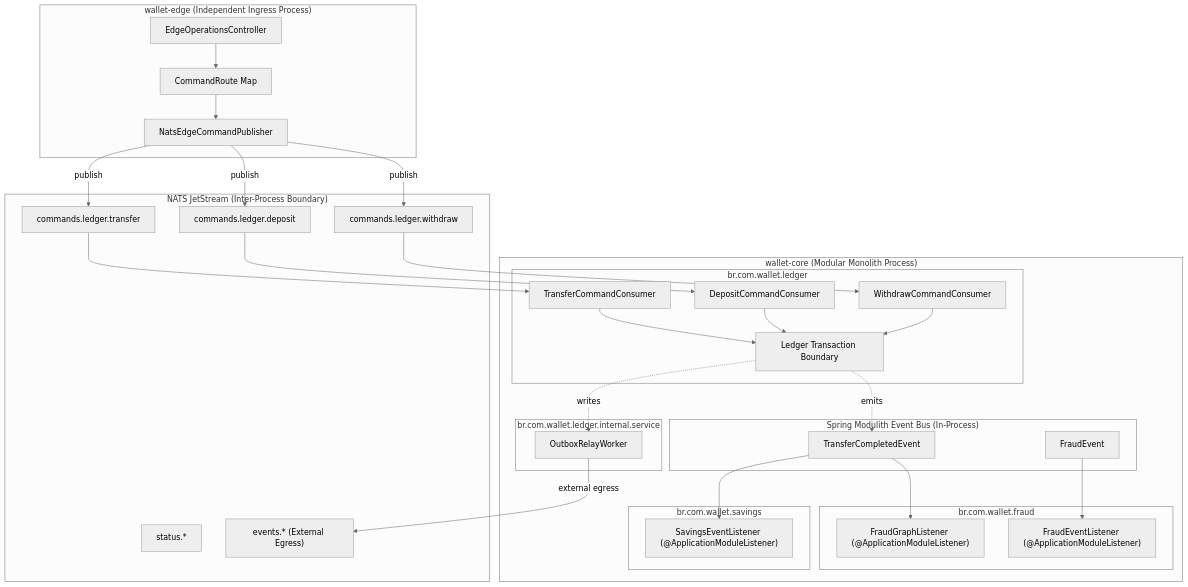
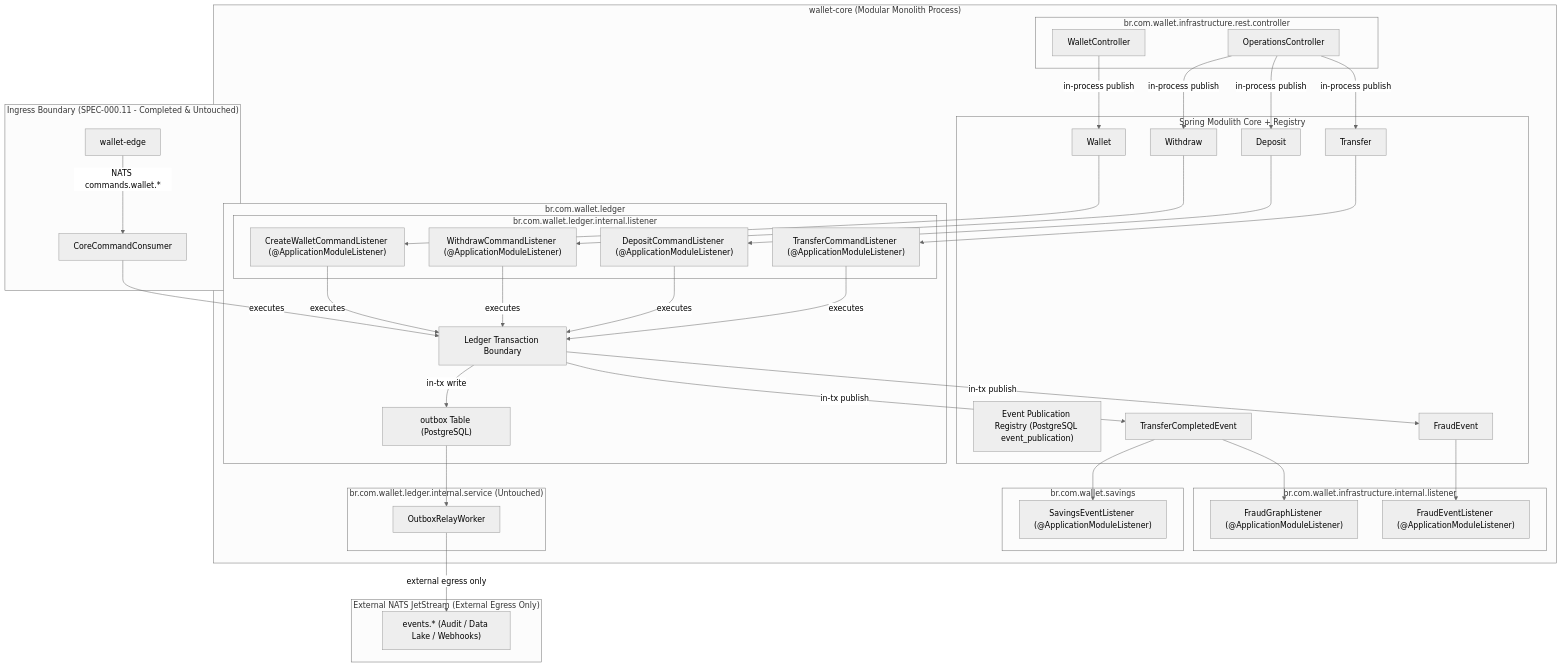
The diagram in .spec/plans/PLAN-000.12-modulith-bounded-context-streaming.md (kyogoiano/wallet), drawn with Mermaid (neutral theme) before and after one commit. The commit also changed other lines of this file and 63 other files, not shown here.

````diff
--- a/.spec/plans/PLAN-000.12-modulith-bounded-context-streaming.md
+++ b/.spec/plans/PLAN-000.12-modulith-bounded-context-streaming.md
@@ -20,65 +20,78 @@
 ```mermaid
 flowchart TD
-    subgraph EdgeProcess["wallet-edge (Independent Ingress Process)"]
-        EdgeController["EdgeOperationsController"]
-        RouteMap["CommandRoute Map"]
-        EdgePub["NatsEdgeCommandPublisher"]
-        EdgeController --> RouteMap --> EdgePub
-    end
-
-    subgraph NATS["NATS JetStream (Inter-Process Boundary)"]
-        SubjTransfer["commands.ledger.transfer"]
-        SubjDeposit["commands.ledger.deposit"]
-        SubjWithdraw["commands.ledger.withdraw"]
-        SubjStatus["status.*"]
-        SubjOutbox["events.* (External Egress)"]
+    subgraph IngressBoundary["Ingress Boundary (SPEC-000.11 - Completed & Untouched)"]
+        Edge["wallet-edge"] -->|NATS commands.wallet.*| CoreConsumer["CoreCommandConsumer"]
     end
 
     subgraph CoreProcess["wallet-core (Modular Monolith Process)"]
-        subgraph LedgerModule["br.com.wallet.ledger"]
-            TransferConsumer["TransferCommandConsumer"]
-            DepositConsumer["DepositCommandConsumer"]
-            WithdrawConsumer["WithdrawCommandConsumer"]
-            LedgerTx["Ledger Transaction Boundary"]
+        subgraph RESTControllers["br.com.wallet.infrastructure.rest.controller"]
+            OpCtrl["OperationsController"]
+            WallCtrl["WalletController"]
         end
 
-        subgraph ModulithBus["Spring Modulith Event Bus (In-Process)"]
+        subgraph ModulithCore["Spring Modulith Core + Registry"]
+            EventRegistry["Event Publication Registry (PostgreSQL event_publication)"]
+            CmdTransfer["Transfer"]
+            CmdDeposit["Deposit"]
+            CmdWithdraw["Withdraw"]
+            CmdWallet["Wallet"]
             EvtTransfer["TransferCompletedEvent"]
             EvtFraud["FraudEvent"]
         end
 
-        subgraph FraudModule["br.com.wallet.fraud"]
+        subgraph LedgerModule["br.com.wallet.ledger"]
+            subgraph CommandListeners["br.com.wallet.ledger.internal.listener"]
+                TransferListener["TransferCommandListener (@ApplicationModuleListener)"]
+                DepositListener["DepositCommandListener (@ApplicationModuleListener)"]
+                WithdrawListener["WithdrawCommandListener (@ApplicationModuleListener)"]
+                WalletListener["CreateWalletCommandListener (@ApplicationModuleListener)"]
+            end
+            LedgerTx["Ledger Transaction Boundary"]
+            OutboxTable["outbox Table (PostgreSQL)"]
+        end
+
+        subgraph InfraListeners["br.com.wallet.infrastructure.internal.listener"]
             GraphListener["FraudGraphListener (@ApplicationModuleListener)"]
             TimelineListener["FraudEventListener (@ApplicationModuleListener)"]
         end
 
         subgraph SavingsModule["br.com.wallet.savings"]
             SavingsListener["SavingsEventListener (@ApplicationModuleListener)"]
         end
 
-        subgraph OutboxModule["br.com.wallet.ledger.internal.service"]
+        subgraph OutboxModule["br.com.wallet.ledger.internal.service (Untouched)"]
             OutboxRelay["OutboxRelayWorker"]
         end
     end
 
-    EdgePub -->|publish| SubjTransfer
-    EdgePub -->|publish| SubjDeposit
-    EdgePub -->|publish| SubjWithdraw
+    subgraph ExternalNATS["External NATS JetStream (External Egress Only)"]
+        SubjOutbox["events.* (Audit / Data Lake / Webhooks)"]
+    end
 
-    SubjTransfer --> TransferConsumer
-    SubjDeposit --> DepositConsumer
-    SubjWithdraw --> WithdrawConsumer
+    OpCtrl -->|in-process publish| CmdTransfer
+    OpCtrl -->|in-process publish| CmdDeposit
+    OpCtrl -->|in-process publish| CmdWithdraw
+    WallCtrl -->|in-process publish| CmdWallet
 
-    TransferConsumer --> LedgerTx
-    DepositConsumer --> LedgerTx
-    WithdrawConsumer --> LedgerTx
+    CmdTransfer --> TransferListener
+    CmdDeposit --> DepositListener
+    CmdWithdraw --> WithdrawListener
+    CmdWallet --> WalletListener
 
-    LedgerTx -.->|emits| EvtTransfer
-    LedgerTx -.->|writes| OutboxRelay
+    TransferListener -->|executes| LedgerTx
+    DepositListener -->|executes| LedgerTx
+    WithdrawListener -->|executes| LedgerTx
+    WalletListener -->|executes| LedgerTx
+    CoreConsumer -->|executes| LedgerTx
+
+    LedgerTx -->|in-tx publish| EvtTransfer
+    LedgerTx -->|in-tx publish| EvtFraud
+    LedgerTx -->|in-tx write| OutboxTable
 
     EvtTransfer --> GraphListener
     EvtTransfer --> SavingsListener
     EvtFraud --> TimelineListener
 
-    OutboxRelay -->|external egress| SubjOutbox
+    OutboxTable --> OutboxRelay
+    OutboxRelay -->|external egress only| SubjOutbox
 ```
````
